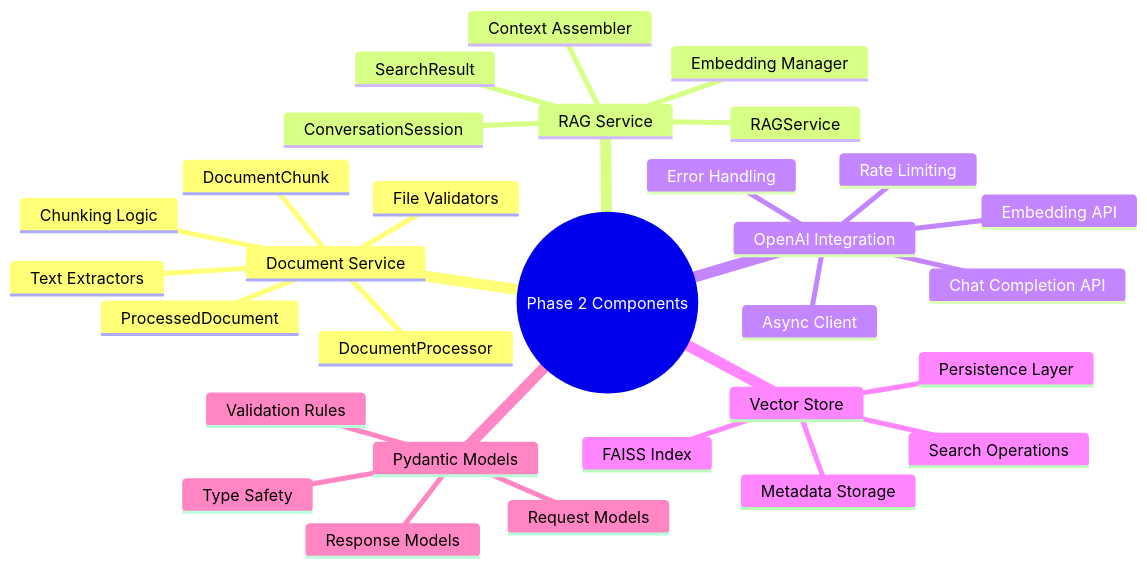
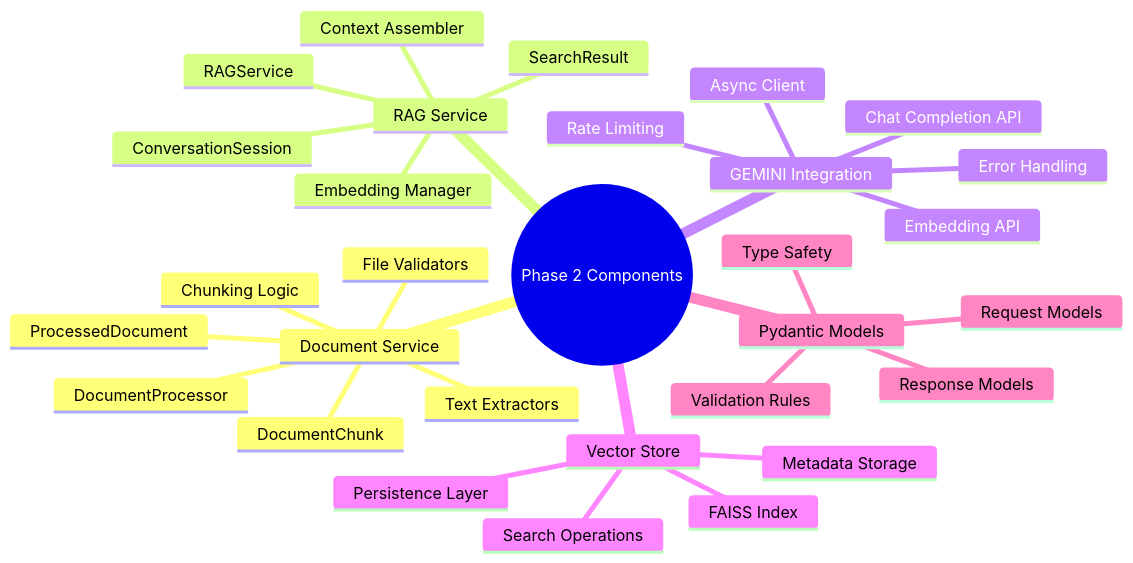
Before and after one commit to rahulsamant37/HackRx_Bajaj_Hackathon: the ninth of 11 diagrams in docs/diagrams/phase-2-core-rag-workflow.md, drawn with Mermaid. The commit also changed other lines of this file and 9 other files, not shown here.

````diff
--- a/docs/diagrams/phase-2-core-rag-workflow.md
+++ b/docs/diagrams/phase-2-core-rag-workflow.md
@@ -393,33 +393,33 @@
 ```mermaid
 mindmap
   root((Phase 2 Components))
     Document Service
       DocumentProcessor
       ProcessedDocument  
       DocumentChunk
       File Validators
       Text Extractors
       Chunking Logic
     RAG Service
       RAGService
       SearchResult
       ConversationSession
       Embedding Manager
       Context Assembler
-    OpenAI Integration
+    GEMINI Integration
       Async Client
       Embedding API
       Chat Completion API
       Rate Limiting
       Error Handling
     Vector Store
       FAISS Index
       Metadata Storage
       Persistence Layer
       Search Operations
     Pydantic Models
       Request Models
       Response Models
       Validation Rules
       Type Safety
 ```
````
